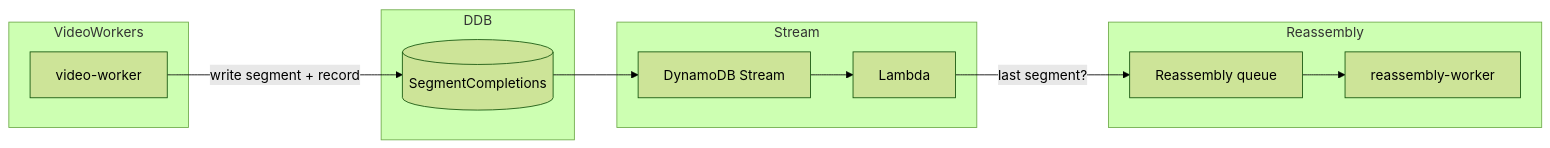
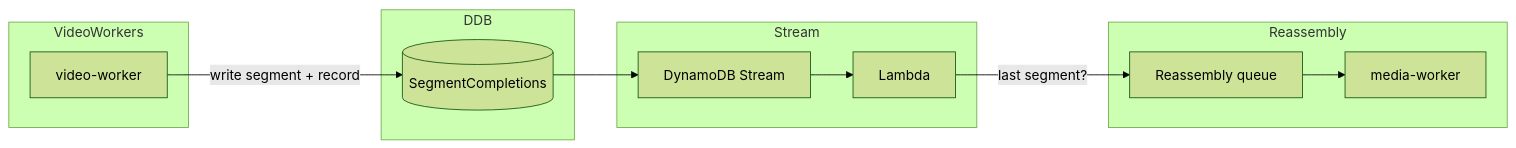
The fourth of 7 diagrams in ARCHITECTURE.md (alexpialetski/stereo-spot), drawn with Mermaid (forest theme) before and after one commit. The commit also changed other lines of this file and 87 other files, not shown here.

First line of the commit message:
feat: complete step 4.3 helm chart and Nx verification targets

````diff
--- a/ARCHITECTURE.md
+++ b/ARCHITECTURE.md
@@ -200,23 +198,23 @@
 ```mermaid
 flowchart LR
     subgraph VideoWorkers
         VW[video-worker]
     end
     subgraph DDB
         SC[(SegmentCompletions)]
     end
     subgraph Stream
         DS[DynamoDB Stream]
         Lambda[Lambda]
     end
     subgraph Reassembly
         RQ[Reassembly queue]
-        RW[reassembly-worker]
+        RW[media-worker]
     end
 
     VW -->|write segment + record| SC
     SC --> DS
     DS --> Lambda
     Lambda -->|last segment?| RQ
     RQ --> RW
 ```
````
